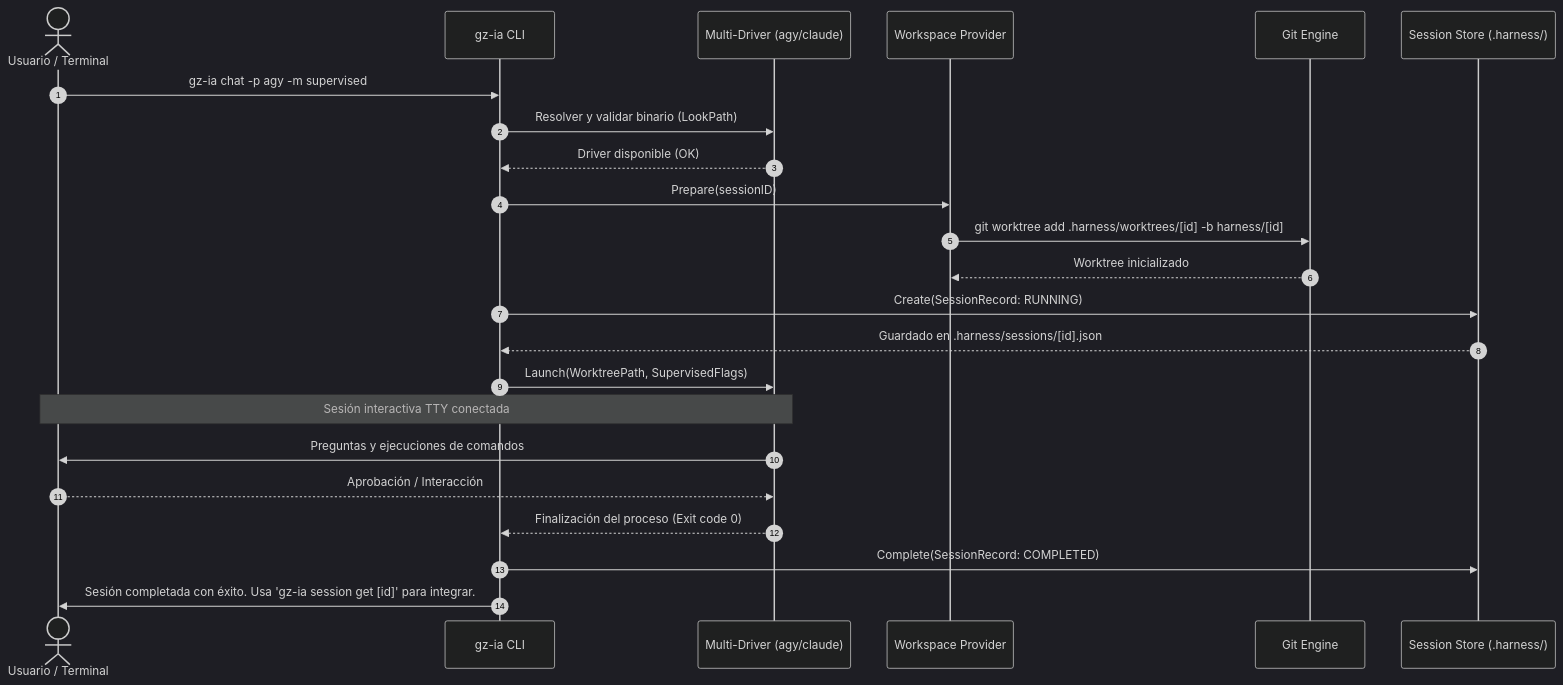
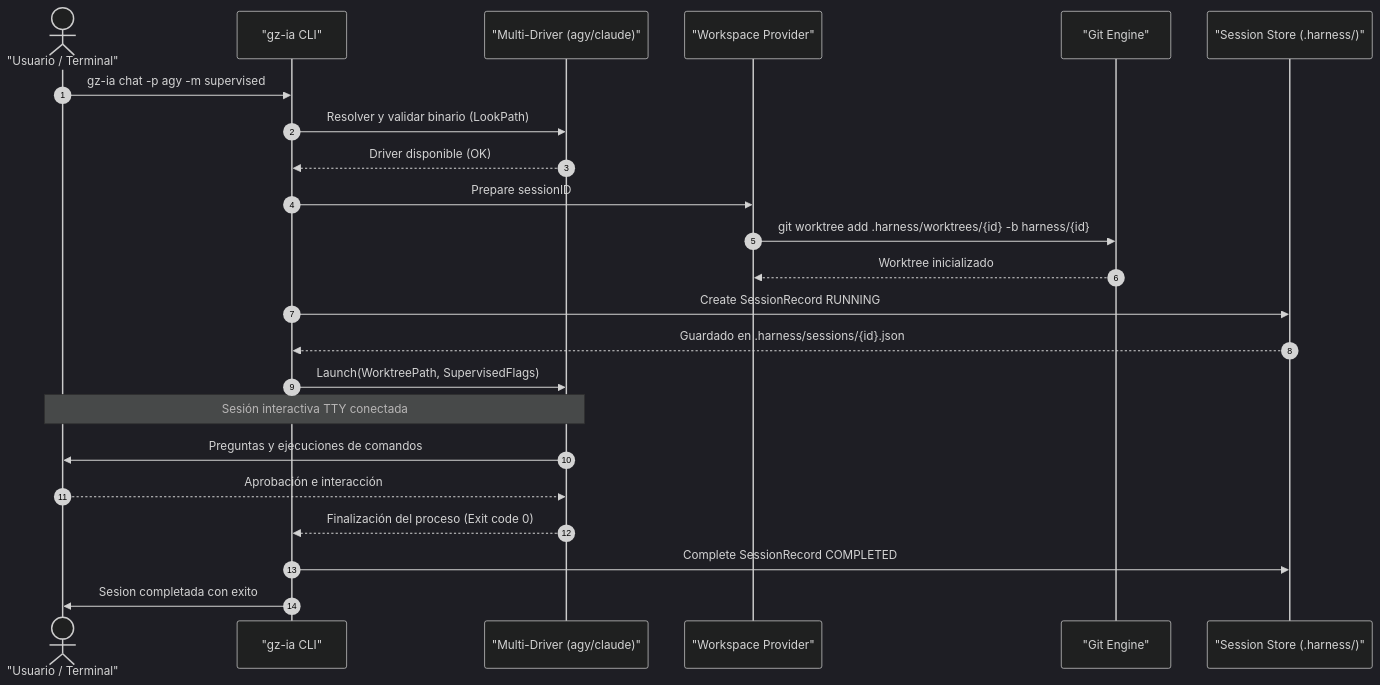
Before and after one commit to GountzJs/gountz-ia: the second of 2 diagrams in docs/architecture/overview.md, drawn with Mermaid (dark theme). The commit also changed other lines of this file and 14 other files, not shown here.

````diff
--- a/docs/architecture/overview.md
+++ b/docs/architecture/overview.md
@@ -94,26 +94,26 @@
 ```mermaid
 sequenceDiagram
     autonumber
-    actor User as Usuario / Terminal
-    participant CLI as gz-ia CLI
-    participant Driver as Multi-Driver (agy/claude)
-    participant Work as Workspace Provider
-    participant Git as Git Engine
-    participant Store as Session Store (.harness/)
+    actor User as "Usuario / Terminal"
+    participant CLI as "gz-ia CLI"
+    participant Driver as "Multi-Driver (agy/claude)"
+    participant Work as "Workspace Provider"
+    participant Git as "Git Engine"
+    participant Store as "Session Store (.harness/)"
 
     User->>CLI: gz-ia chat -p agy -m supervised
     CLI->>Driver: Resolver y validar binario (LookPath)
     Driver-->>CLI: Driver disponible (OK)
-    CLI->>Work: Prepare(sessionID)
-    Work->>Git: git worktree add .harness/worktrees/[id] -b harness/[id]
+    CLI->>Work: Prepare sessionID
+    Work->>Git: git worktree add .harness/worktrees/{id} -b harness/{id}
     Git-->>Work: Worktree inicializado
-    CLI->>Store: Create(SessionRecord: RUNNING)
-    Store-->>CLI: Guardado en .harness/sessions/[id].json
+    CLI->>Store: Create SessionRecord RUNNING
+    Store-->>CLI: Guardado en .harness/sessions/{id}.json
     CLI->>Driver: Launch(WorktreePath, SupervisedFlags)
     Note over Driver,User: Sesión interactiva TTY conectada
     Driver->>User: Preguntas y ejecuciones de comandos
-    User-->>Driver: Aprobación / Interacción
+    User-->>Driver: Aprobación e interacción
     Driver-->>CLI: Finalización del proceso (Exit code 0)
-    CLI->>Store: Complete(SessionRecord: COMPLETED)
-    CLI->>User: Sesión completada con éxito. Usa 'gz-ia session get [id]' para integrar.
+    CLI->>Store: Complete SessionRecord COMPLETED
+    CLI->>User: Sesion completada con exito
 ```
````
